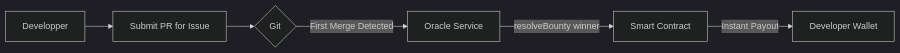
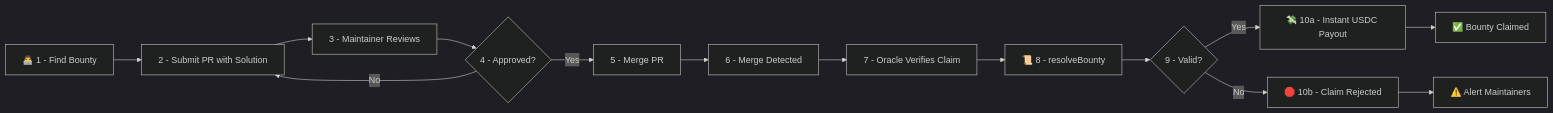
One commit to b3ww/ethglobal changed the third of 4 diagrams in README.md. Above: the diagram before and after it, drawn with Mermaid (dark theme). The commit also changed other lines of this file, not shown here.

````diff
--- a/README.md
+++ b/README.md
@@ -98,8 +84,16 @@
 ```mermaid
 flowchart LR
-    A[Developper] --> B[Submit PR for Issue]
-    B --> C{Git}
-    C -->|First Merge Detected| D[Oracle Service]
-    D -->|resolveBounty winner| E[Smart Contract]
-    E -->|Instant Payout| F[Developer Wallet]
+    A[👨‍💻 1 - Find Bounty] --> B[2 - Submit PR with Solution]
+    B --> C[3 - Maintainer Reviews]
+    C --> D{4 - Approved?}
+    D -->|Yes| E[5 - Merge PR]
+    D -->|No| B
+    E --> F[6 - Merge Detected]
+    F --> G[7 - Oracle Verifies Claim]
+    G --> H[📜 8 - resolveBounty]
+    H --> I{9 - Valid?}
+    I -->|Yes| J[💸 10a - Instant USDC Payout]
+    I -->|No| K[🛑 10b - Claim Rejected]
+    J --> L[✅ Bounty Claimed]
+    K --> M[⚠️ Alert Maintainers]
 ```
````
